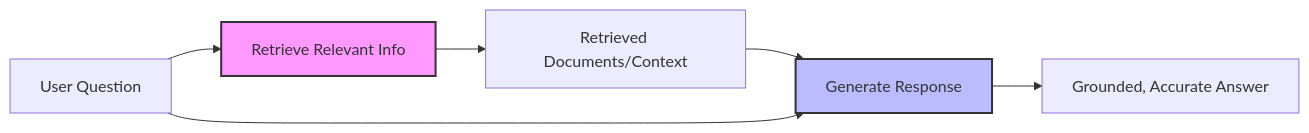
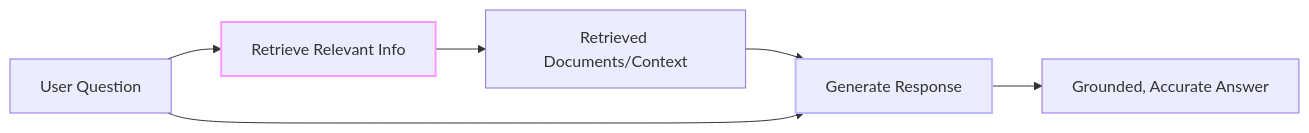
Before and after one commit to Shaddix/mostlylucidweb: the first of 9 diagrams in Mostlylucid/Markdown/rag-primer.md, drawn with Mermaid. The commit also changed other lines of this file and 7 other files, not shown here.

````diff
--- a/Mostlylucid/Markdown/rag-primer.md
+++ b/Mostlylucid/Markdown/rag-primer.md
@@ -35,11 +36,11 @@
 ```mermaid
 flowchart LR
     A[User Question] --> B[Retrieve Relevant Info]
     B --> C[Retrieved Documents/Context]
     C --> D[Generate Response]
     A --> D
     D --> E[Grounded, Accurate Answer]
 
-    style B fill:#f9f,stroke:#333,stroke-width:2px
-    style D fill:#bbf,stroke:#333,stroke-width:2px
+    style B stroke:#f9f,stroke-width:2px
+    style D stroke:#bbf,stroke-width:2px
 ```
````
